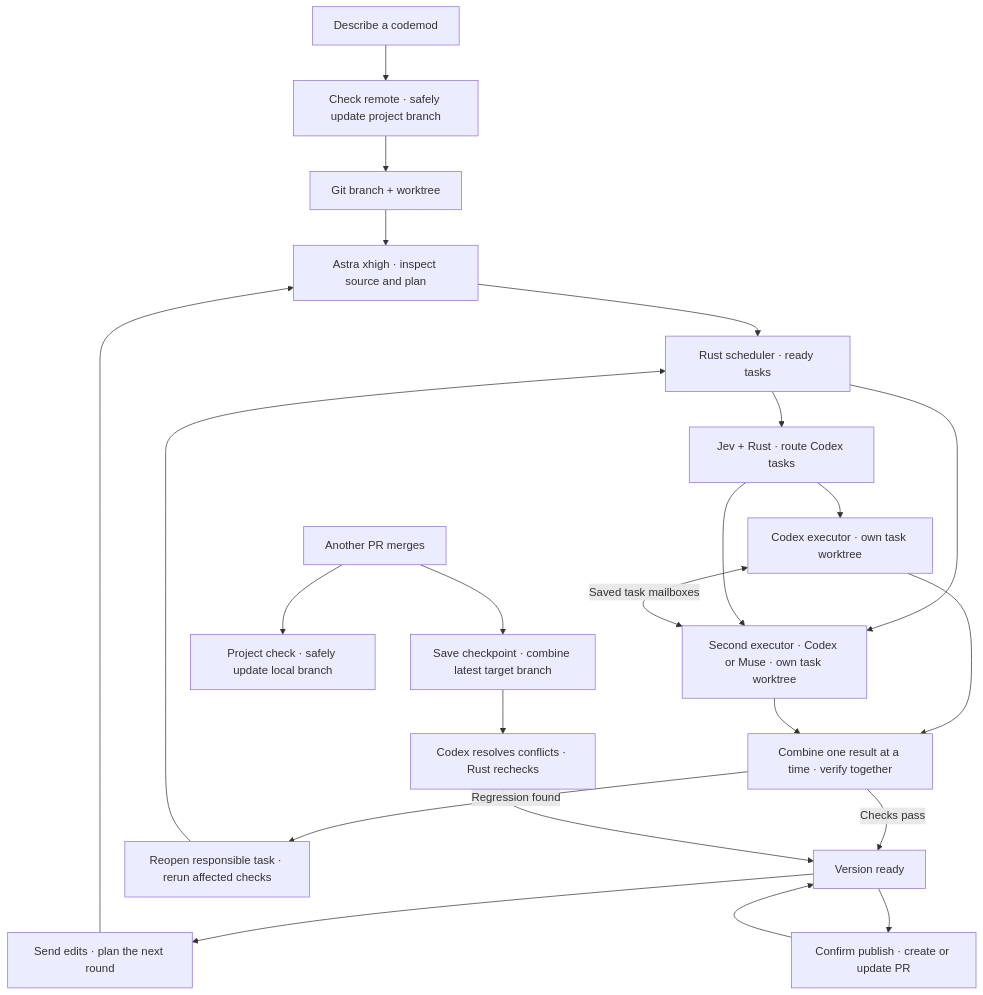
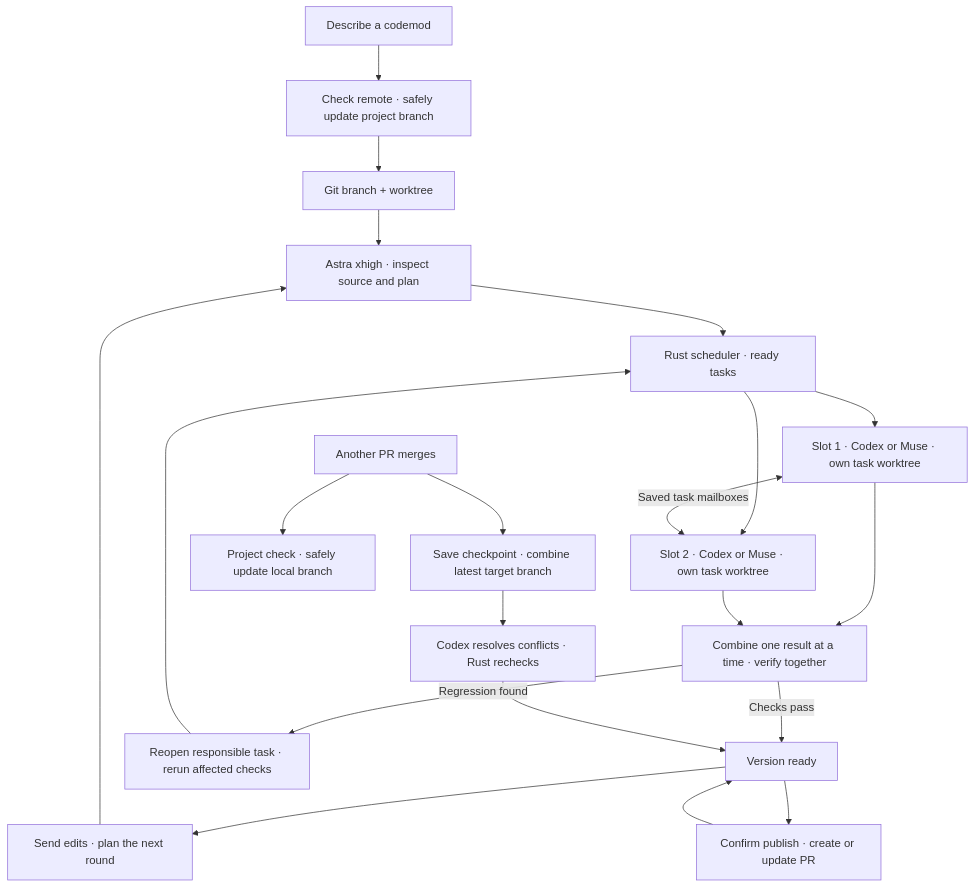
Before and after one commit to minimumeffort-dev/sprowt.harness: the diagram in README.md, drawn with Mermaid. The commit also changed other lines of this file and 13 other files, not shown here.

Commit message:
Schedule worker slots from ready task providers

````diff
--- a/README.md
+++ b/README.md
@@ -36,25 +36,23 @@
 ```mermaid
 flowchart TB
     goal["Describe a codemod"] --> sync["Check remote · safely update project branch"]
     sync --> setup["Git branch + worktree"]
     setup --> planner["Astra xhigh · inspect source and plan"]
     planner --> schedule["Rust scheduler · ready tasks"]
-    schedule --> route["Jev + Rust · route Codex tasks"]
-    route --> first["Codex executor · own task worktree"]
-    schedule --> second["Second executor · Codex or Muse · own task worktree"]
-    route --> second
+    schedule --> first["Slot 1 · Codex or Muse · own task worktree"]
+    schedule --> second["Slot 2 · Codex or Muse · own task worktree"]
     first <-->|"Saved task mailboxes"| second
     first --> combine["Combine one result at a time · verify together"]
     second --> combine
     combine -->|"Checks pass"| ready["Version ready"]
     combine -->|"Regression found"| repair["Reopen responsible task · rerun affected checks"]
     repair --> schedule
     ready --> edits["Send edits · plan the next round"]
     edits --> planner
     ready --> publish["Confirm publish · create or update PR"]
     publish --> ready
     upstream["Another PR merges"] --> update["Save checkpoint · combine latest target branch"]
     upstream --> local["Project check · safely update local branch"]
     update --> verify["Codex resolves conflicts · Rust rechecks"]
     verify --> ready
 ```
````
